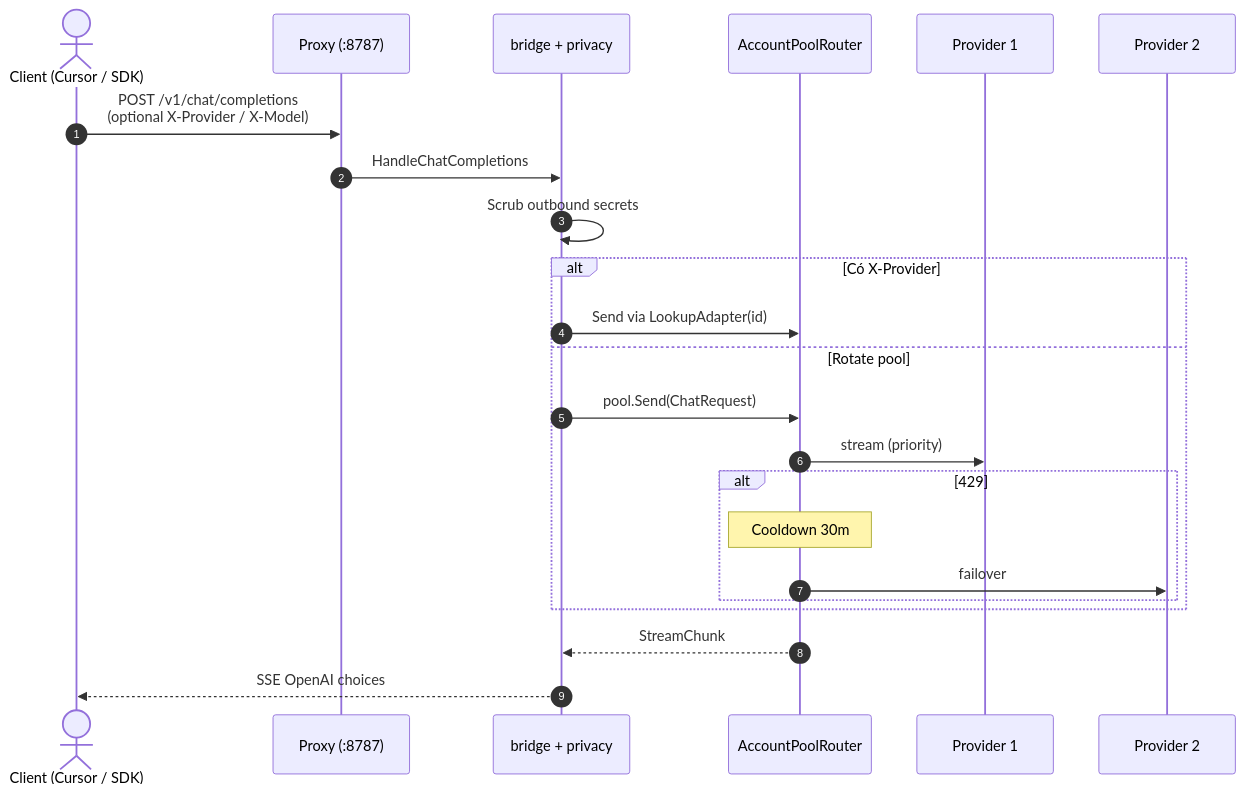
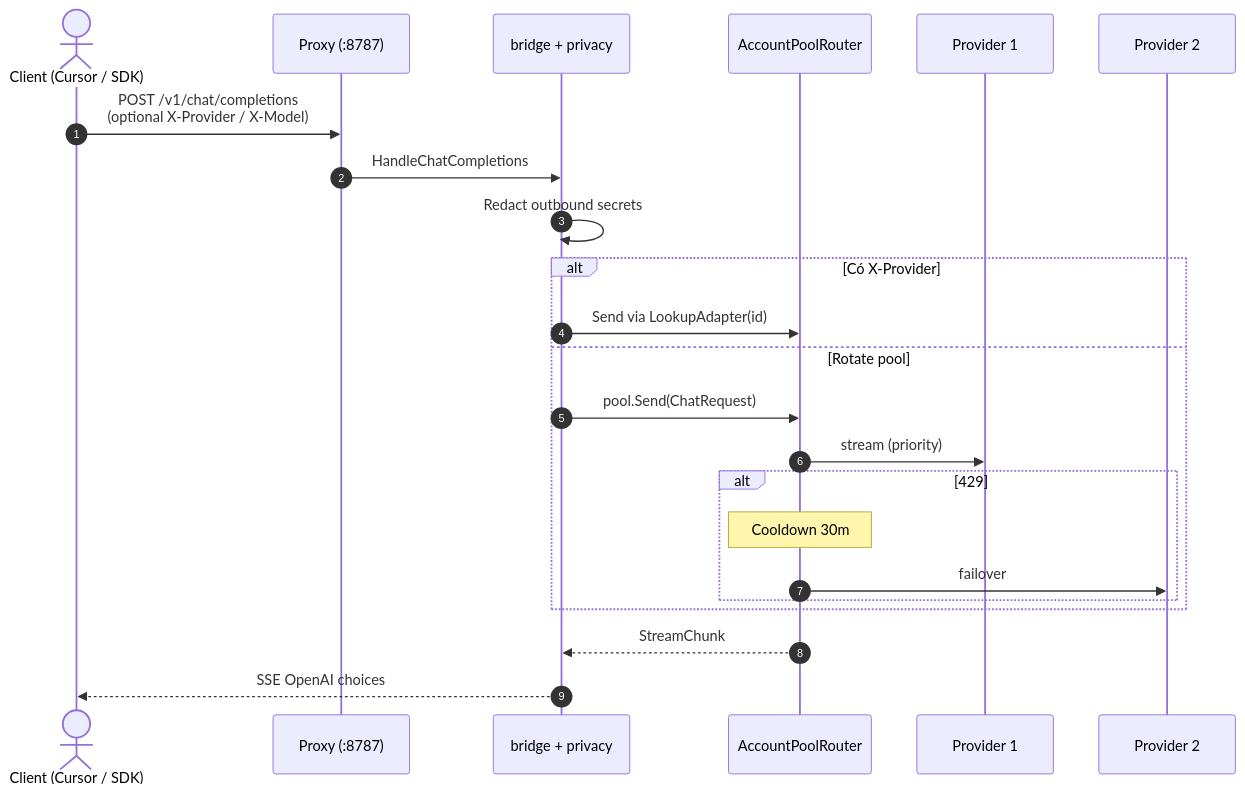
One commit to ninhlee99/ai-cli-accounts changed the first of 2 diagrams in STRUCT.md. Above: the diagram before and after it, drawn with Mermaid. The commit also changed other lines of this file and 58 other files, not shown here.

````diff
--- a/STRUCT.md
+++ b/STRUCT.md
@@ -144,26 +144,26 @@
 ```mermaid
 sequenceDiagram
     autonumber
     actor App as Client (Cursor / SDK)
     participant Proxy as Proxy (:8787)
     participant Bridge as bridge + privacy
     participant Router as AccountPoolRouter
     participant P1 as Provider 1
     participant P2 as Provider 2
 
     App->>Proxy: POST /v1/chat/completions<br/>(optional X-Provider / X-Model)
     Proxy->>Bridge: HandleChatCompletions
-    Bridge->>Bridge: Scrub outbound secrets
+        Bridge->>Bridge: Redact outbound secrets
     alt Có X-Provider
         Bridge->>Router: Send via LookupAdapter(id)
     else Rotate pool
         Bridge->>Router: pool.Send(ChatRequest)
         Router->>P1: stream (priority)
         alt 429
             Note over Router: Cooldown 30m
             Router->>P2: failover
         end
     end
     Router-->>Bridge: StreamChunk
     Bridge-->>App: SSE OpenAI choices
 ```
````
